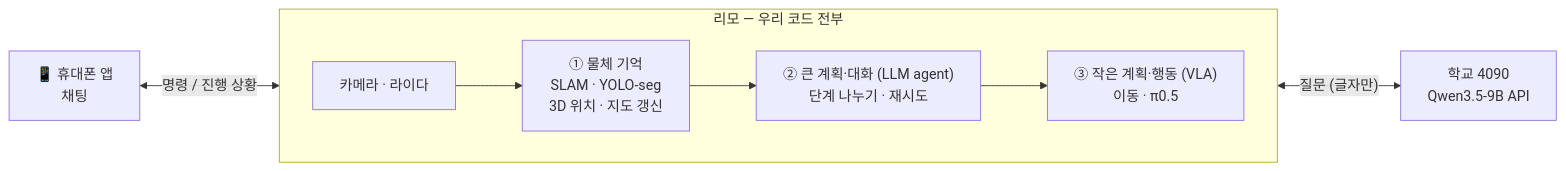
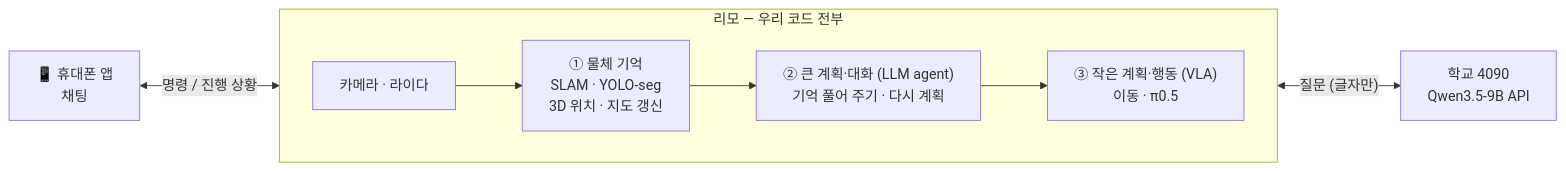
One commit to juyoung020/robot-agent changed the diagram in docs/plan.md. Above: the diagram before and after it, drawn with Mermaid. The commit also changed other lines of this file and 5 other files, not shown here.

````diff
--- a/docs/plan.md
+++ b/docs/plan.md
@@ -15,13 +15,13 @@
 ```mermaid
 flowchart LR
     APP["📱 휴대폰 앱<br/>채팅"]
     subgraph LIMO["리모 — 우리 코드 전부"]
         direction LR
         S["카메라 · 라이다"] --> M["① 물체 기억<br/>SLAM · YOLO-seg<br/>3D 위치 · 지도 갱신"]
-        M --> A["② 큰 계획·대화 (LLM agent)<br/>단계 나누기 · 재시도"]
+        M --> A["② 큰 계획·대화 (LLM agent)<br/>기억 풀어 주기 · 다시 계획"]
         A --> V["③ 작은 계획·행동 (VLA)<br/>이동 · π0.5"]
     end
     Q["학교 4090<br/>Qwen3.5-9B API"]
     APP <-->|"명령 / 진행 상황"| A
     A <-->|"질문 (글자만)"| Q
 ```
````
